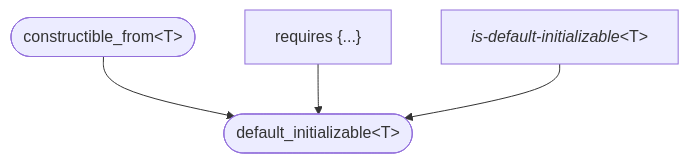
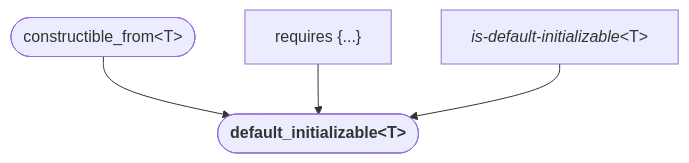
One commit to yohhoy/cpp-concepts changed the ninth of 18 diagrams in README.md. Above: the diagram before and after it, drawn with Mermaid. The commit also changed other lines of this file, not shown here.

````diff
--- a/README.md
+++ b/README.md
@@ -105,7 +105,7 @@
 ```mermaid
 graph TD
     %% std::default_initializable<T>
-    constructible_from(["constructible_from&lt;T&gt;"]) --> default_initializable(["default_initializable&lt;T&gt;"]);
+    constructible_from(["constructible_from&lt;T&gt;"]) --> default_initializable(["<b>default_initializable&lt;T&gt;</b>"]);
     AC1["requires {...}"] --> default_initializable;
     AC2["<i>is-default-initializable</i>&lt;T&gt;"] --> default_initializable;
 ```
````
